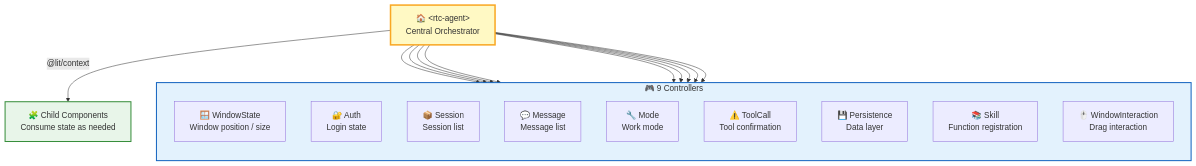
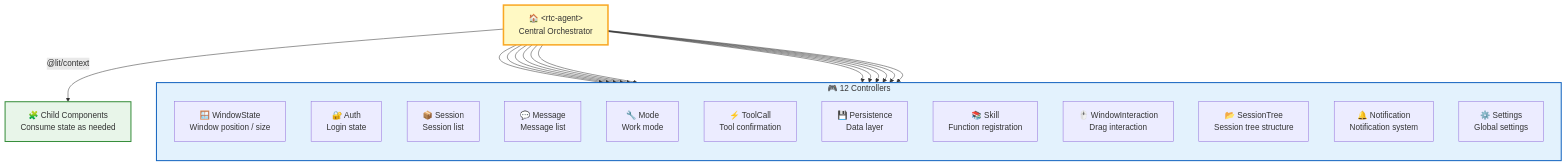
The third of 9 diagrams in src/content/docs/en/architecture/frontend.md (rtc-agent/docs), drawn with Mermaid before and after one commit. The commit also changed other lines of this file and 35 other files, not shown here.

````diff
--- a/src/content/docs/en/architecture/frontend.md
+++ b/src/content/docs/en/architecture/frontend.md
@@ -88,31 +111,37 @@
 ```mermaid
 flowchart TD
-    subgraph CONTROLLERS["🎮 9 Controllers"]
+    subgraph CONTROLLERS["🎮 12 Controllers"]
         direction TB
         C1["🪟 WindowState<br/>Window position / size"]
         C2["🔐 Auth<br/>Login state"]
         C3["📦 Session<br/>Session list"]
         C4["💬 Message<br/>Message list"]
         C5["🔧 Mode<br/>Work mode"]
-        C6["⚠️ ToolCall<br/>Tool confirmation"]
+        C6["⚡ ToolCall<br/>Tool confirmation"]
         C7["💾 Persistence<br/>Data layer"]
         C8["📚 Skill<br/>Function registration"]
         C9["🖱️ WindowInteraction<br/>Drag interaction"]
+        C10["📂 SessionTree<br/>Session tree structure"]
+        C11["🔔 Notification<br/>Notification system"]
+        C12["⚙️ Settings<br/>Global settings"]
     end
 
     ROOT["🏠 &lt;rtc-agent&gt;<br/>Central Orchestrator"] --> C1
     ROOT --> C2
     ROOT --> C3
     ROOT --> C4
     ROOT --> C5
     ROOT --> C6
     ROOT --> C7
     ROOT --> C8
     ROOT --> C9
+    ROOT --> C10
+    ROOT --> C11
+    ROOT --> C12
 
     ROOT -->|"@lit/context"| CHILDREN["🧩 Child Components<br/>Consume state as needed"]
 
     style ROOT fill:#fff9c4,stroke:#f9a825,stroke-width:3px
     style CONTROLLERS fill:#e3f2fd,stroke:#1565c0,stroke-width:2px
     style CHILDREN fill:#e8f5e9,stroke:#388e3c,stroke-width:2px
 ```
````
